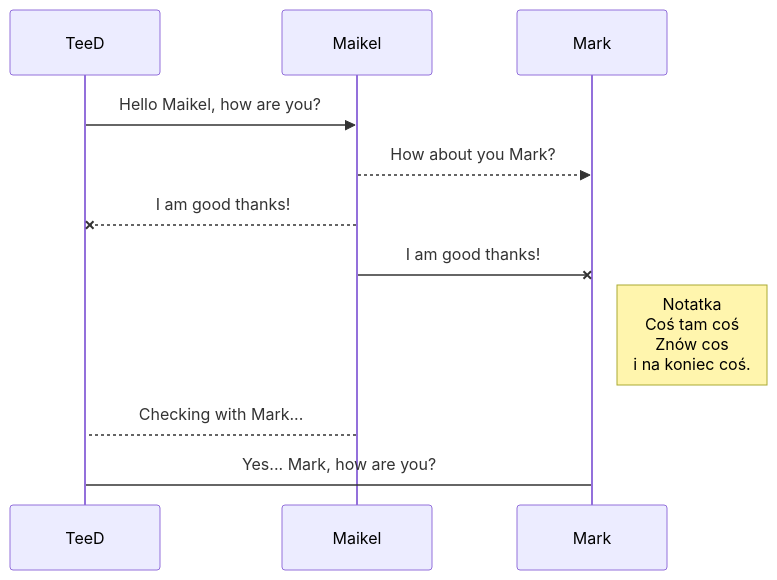
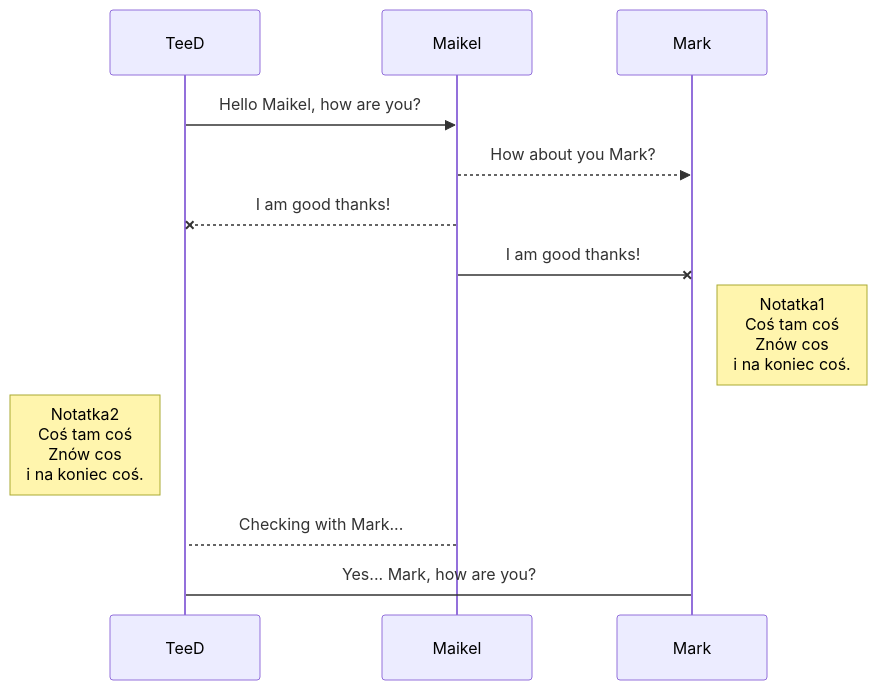
The first of 2 diagrams in README.md (TeeDEx2023/upa_usb_s_test), drawn with Mermaid before and after one commit. The commit also changed other lines of this file, not shown here.

````diff
--- a/README.md
+++ b/README.md
@@ -28,11 +28,11 @@
 ```mermaid
 sequenceDiagram
 TeeD ->> Maikel: Hello Maikel, how are you?
 Maikel-->>Mark: How about you Mark?
 Maikel--x TeeD: I am good thanks!
 Maikel-x Mark: I am good thanks!
-Note right of Mark: Notatka<br/>Coś tam coś <br/>Znów cos <br/>i na koniec coś.
-
+Note right of Mark: Notatka1<br/>Coś tam coś <br/>Znów cos <br/>i na koniec coś.
+Note left of TeeD: Notatka2<br/>Coś tam coś <br/>Znów cos <br/>i na koniec coś.
 Maikel-->TeeD: Checking with Mark...
 TeeD->Mark: Yes... Mark, how are you?
 ```
````
